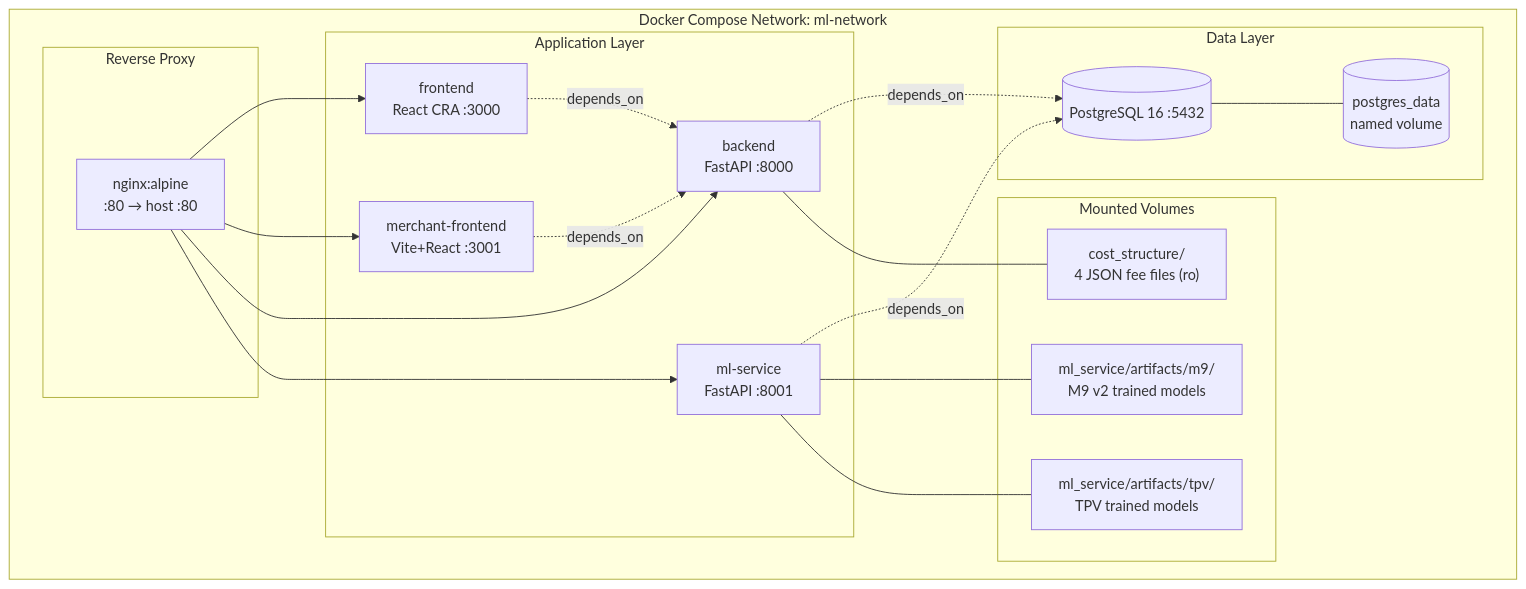
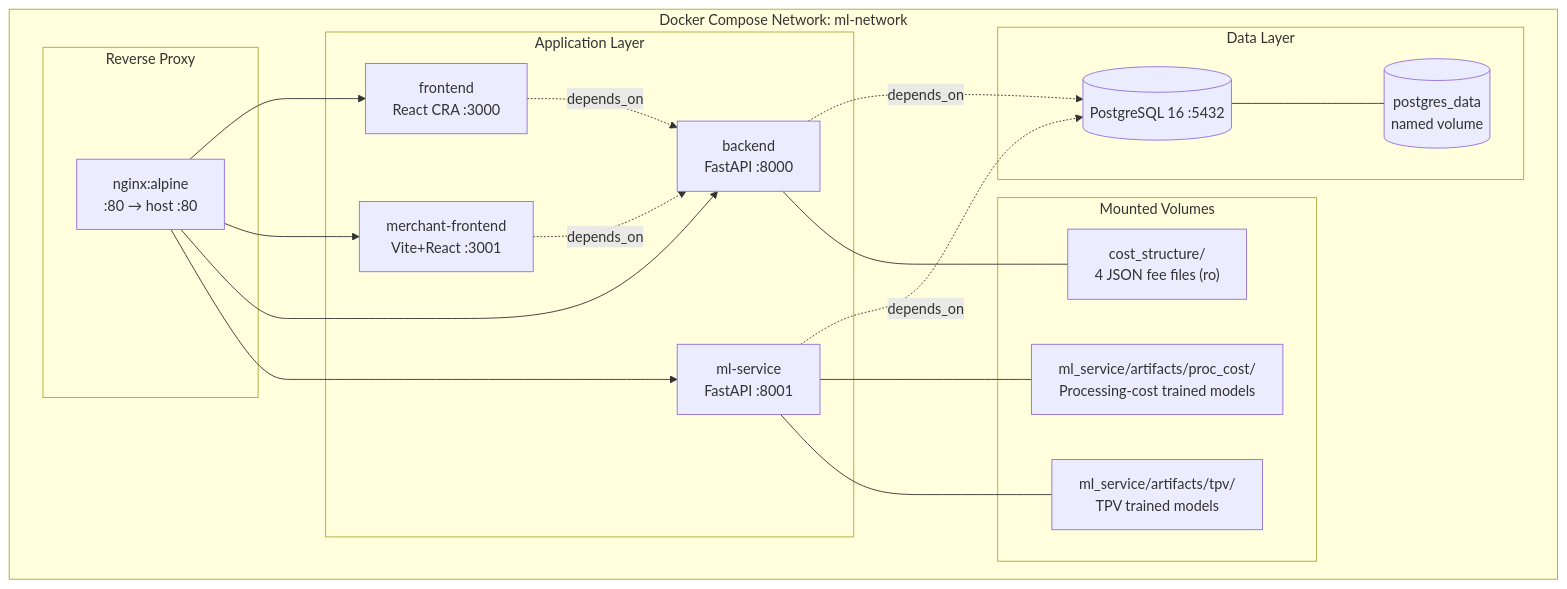
Diagram 11 of 15 in ARCHITECTURE.md (Yattmeo/404_found_us), drawn with Mermaid before and after one commit. The commit also changed other lines of this file and 249 other files, not shown here.

````diff
--- a/ARCHITECTURE.md
+++ b/ARCHITECTURE.md
@@ -492,41 +492,41 @@
 ```mermaid
 graph TB
     subgraph docker["Docker Compose Network: ml-network"]
         subgraph proxy["Reverse Proxy"]
             nginx["nginx:alpine<br/>:80 → host :80"]
         end
 
         subgraph apps["Application Layer"]
             frontend["frontend<br/>React CRA :3000"]
             merchant["merchant-frontend<br/>Vite+React :3001"]
             backend["backend<br/>FastAPI :8000"]
             mlservice["ml-service<br/>FastAPI :8001"]
         end
 
         subgraph data["Data Layer"]
             postgres[("PostgreSQL 16 :5432")]
             vol_pg[("postgres_data<br/>named volume")]
         end
 
         subgraph volumes["Mounted Volumes"]
             cs["cost_structure/<br/>4 JSON fee files (ro)"]
-            m9_art["ml_service/artifacts/m9/<br/>M9 v2 trained models"]
+            pc_art["ml_service/artifacts/proc_cost/<br/>Processing-cost trained models"]
             tpv_art["ml_service/artifacts/tpv/<br/>TPV trained models"]
         end
     end
 
     nginx --> frontend
     nginx --> merchant
     nginx --> backend
     nginx --> mlservice
 
     frontend -.->|depends_on| backend
     merchant -.->|depends_on| backend
     backend -.->|depends_on| postgres
     mlservice -.->|depends_on| postgres
 
     backend --- cs
-    mlservice --- m9_art
+    mlservice --- pc_art
     mlservice --- tpv_art
     postgres --- vol_pg
 ```
````
